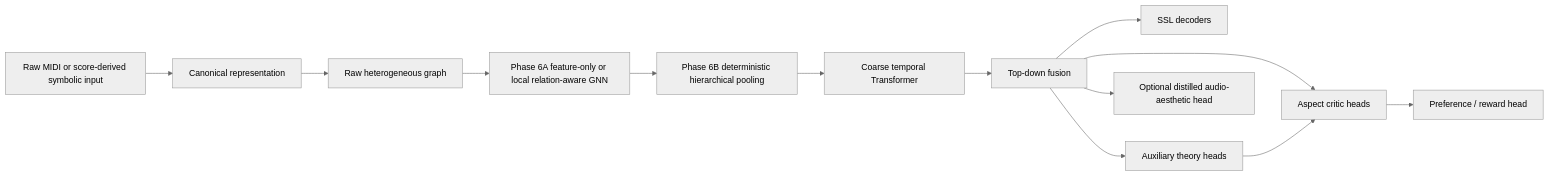
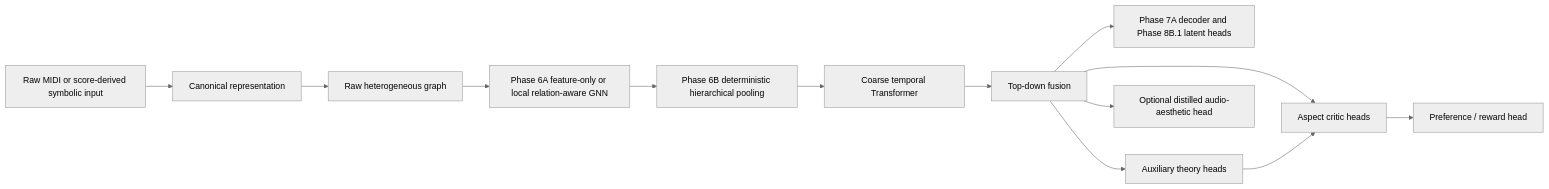
Before and after one commit to nairary/music_critic_v2: the diagram in docs/ARCHITECTURE.md, drawn with Mermaid (neutral theme). The commit also changed other lines of this file and 14 other files, not shown here.

Commit message:
Implement Phase 8B.1 multilevel SSL objectives

````diff
--- a/docs/ARCHITECTURE.md
+++ b/docs/ARCHITECTURE.md
@@ -14,15 +15,15 @@
 ```mermaid
 flowchart LR
     A[Raw MIDI or score-derived symbolic input] --> B[Canonical representation]
     B --> C[Raw heterogeneous graph]
     C --> D[Phase 6A feature-only or local relation-aware GNN]
     D --> E[Phase 6B deterministic hierarchical pooling]
     E --> F[Coarse temporal Transformer]
     F --> G[Top-down fusion]
-    G --> H[SSL decoders]
+    G --> H[Phase 7A decoder and Phase 8B.1 latent heads]
     G --> I[Auxiliary theory heads]
     G --> J[Aspect critic heads]
     I --> J
     J --> K[Preference / reward head]
     G --> L[Optional distilled audio-aesthetic head]
 ```
````
